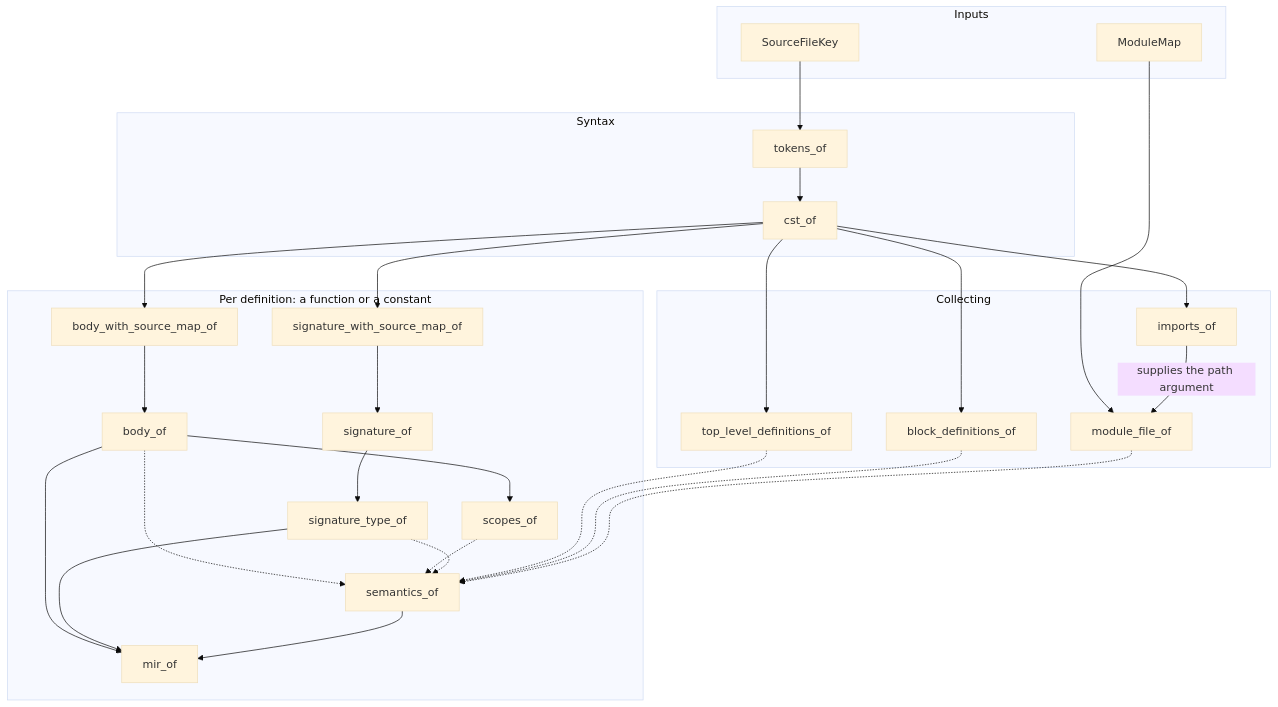
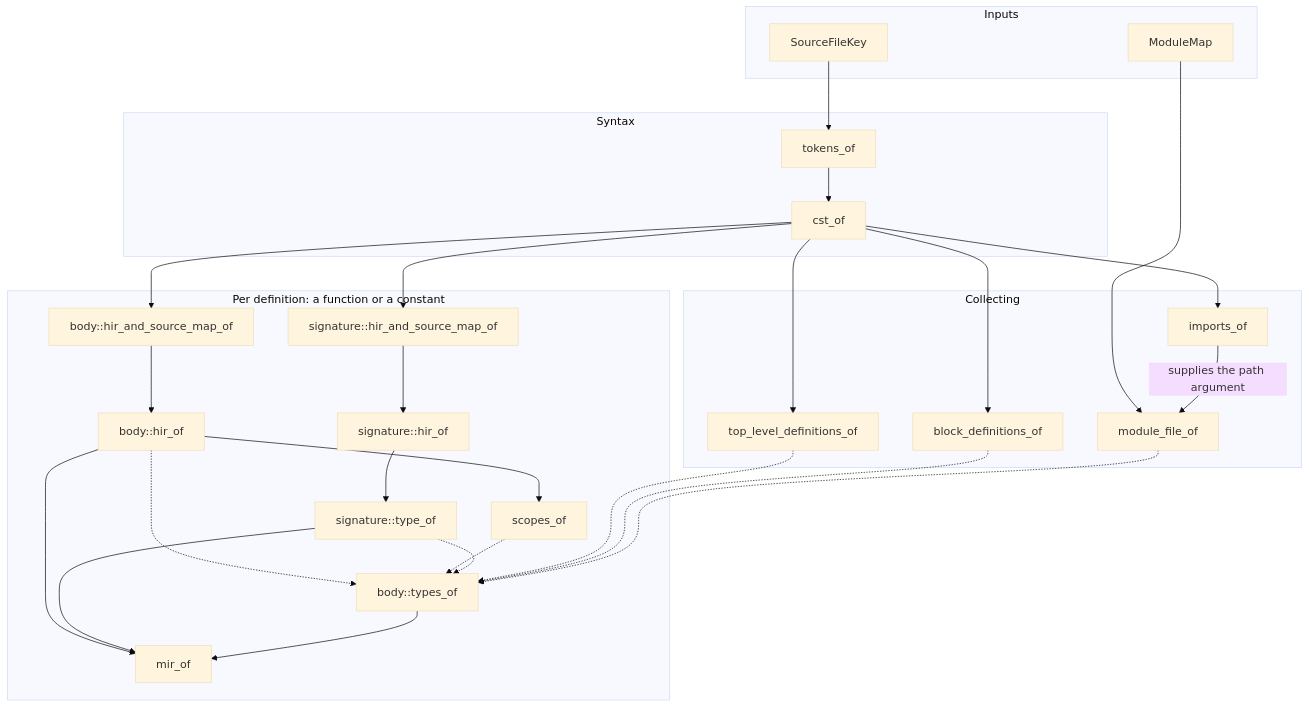
One commit to simontran7/blueberry changed the diagram in docs/README.md. Above: the diagram before and after it, drawn with Mermaid (base theme). The commit also changed 59 other files, not shown here.

````diff
--- a/docs/README.md
+++ b/docs/README.md
@@ -7,47 +7,47 @@
 ```mermaid
 flowchart TD
     subgraph inputs [Inputs]
         SourceFileKey
         ModuleMap
     end
 
     subgraph syntax [Syntax]
         tokens_of
         cst_of
     end
 
     subgraph collect [Collecting]
         top_level_definitions_of
         block_definitions_of
         imports_of
         module_file_of
     end
 
     subgraph definition [Per definition: a function or a constant]
-        signature_with_source_map_of
-        signature_of
-        signature_type_of
-        body_with_source_map_of
-        body_of
+        signature_hir_and_source_map_of["signature::hir_and_source_map_of"]
+        signature_hir_of["signature::hir_of"]
+        signature_type_of["signature::type_of"]
+        body_hir_and_source_map_of["body::hir_and_source_map_of"]
+        body_hir_of["body::hir_of"]
         scopes_of
-        semantics_of
+        body_types_of["body::types_of"]
         mir_of
     end
 
     SourceFileKey --> tokens_of --> cst_of
 
     cst_of --> top_level_definitions_of
     cst_of --> block_definitions_of
     cst_of --> imports_of
 
     ModuleMap --> module_file_of
     imports_of -- "supplies the path argument" --> module_file_of
 
-    cst_of --> signature_with_source_map_of --> signature_of --> signature_type_of
-    cst_of --> body_with_source_map_of --> body_of --> scopes_of
+    cst_of --> signature_hir_and_source_map_of --> signature_hir_of --> signature_type_of
+    cst_of --> body_hir_and_source_map_of --> body_hir_of --> scopes_of
 
-    body_of & scopes_of & signature_type_of -.-> semantics_of
-    top_level_definitions_of & block_definitions_of & module_file_of -.-> semantics_of
+    body_hir_of & scopes_of & signature_type_of -.-> body_types_of
+    top_level_definitions_of & block_definitions_of & module_file_of -.-> body_types_of
 
-    body_of & signature_type_of & semantics_of --> mir_of
+    body_hir_of & signature_type_of & body_types_of --> mir_of
 ```
````
